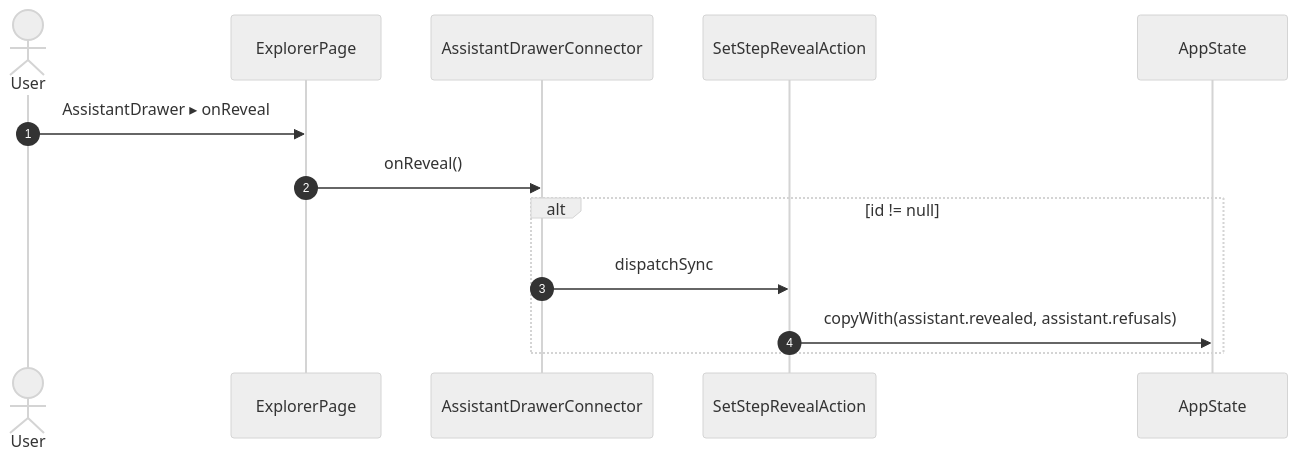
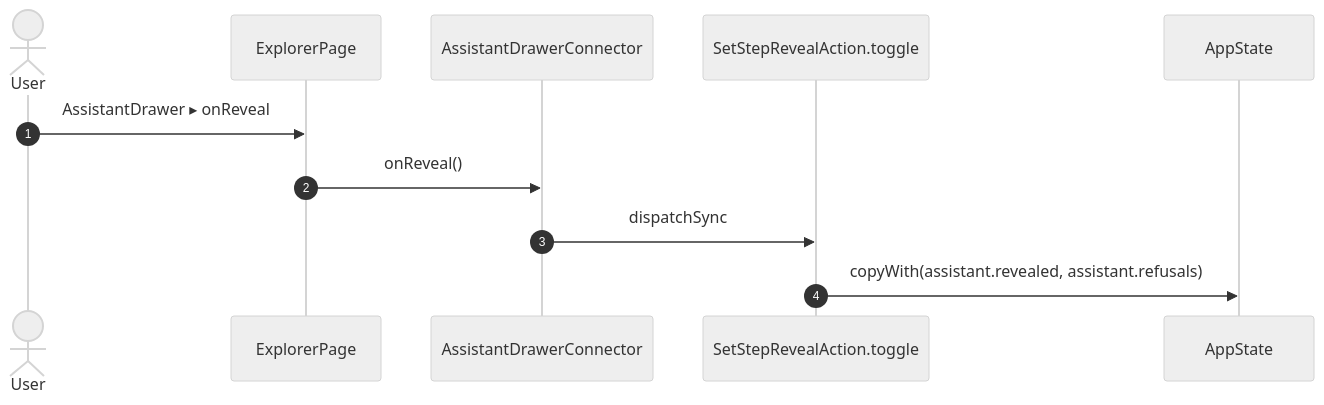
Before and after one commit to gencto/wyrm: diagram 38 of 55 in studio/docs/flows/explorer.md, drawn with Mermaid (neutral theme). The commit also changed other lines of this file and 94 other files, not shown here.

First line of the commit message:
studio: assistant: typed wire, words in ui, one action per intent

````diff
--- a/studio/docs/flows/explorer.md
+++ b/studio/docs/flows/explorer.md
@@ -727,16 +716,14 @@
 ```mermaid
 sequenceDiagram
     autonumber
     actor User
     participant UI as ExplorerPage
     participant R1 as AssistantDrawerConnector
-    participant A1 as SetStepRevealAction
+    participant A1 as SetStepRevealAction.toggle
     participant ST as AppState
 
     User->>UI: AssistantDrawer ▸ onReveal
     UI->>R1: onReveal()
-    alt id != null
-        R1->>A1: dispatchSync
-        A1->>ST: copyWith(assistant.revealed, assistant.refusals)
-    end
+    R1->>A1: dispatchSync
+    A1->>ST: copyWith(assistant.revealed, assistant.refusals)
 ```
````
